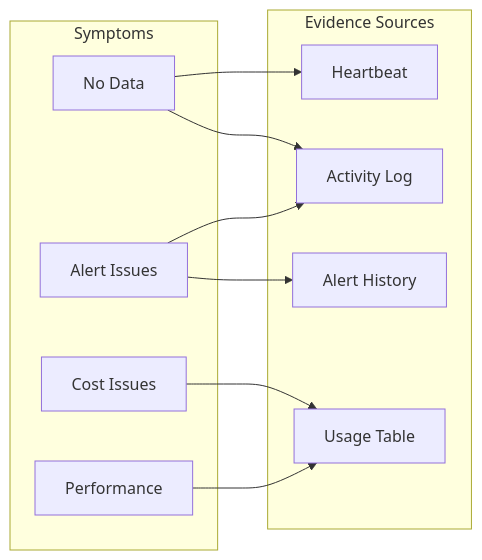
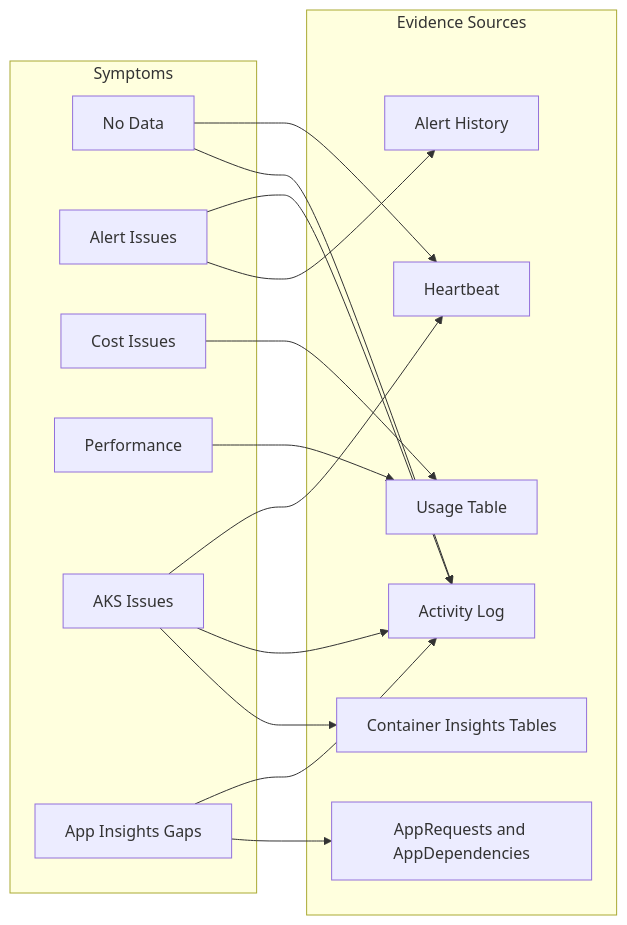
The diagram in docs/troubleshooting/evidence-map.md (yeongseon/azure-monitoring-practical-guide), drawn with Mermaid before and after one commit. The commit also changed other lines of this file and 22 other files, not shown here.

````diff
--- a/docs/troubleshooting/evidence-map.md
+++ b/docs/troubleshooting/evidence-map.md
@@ -18,21 +18,27 @@
 ```mermaid
 graph LR
     subgraph "Symptoms"
         A[No Data]
         B[Alert Issues]
         C[Cost Issues]
         D[Performance]
+        I[AKS Issues]
+        J[App Insights Gaps]
     end
     
     subgraph "Evidence Sources"
         E[Activity Log]
         F[Usage Table]
         G[Heartbeat]
         H[Alert History]
+        K[Container Insights Tables]
+        L[AppRequests and AppDependencies]
     end
     
     A --> E & G
     B --> H & E
     C --> F
     D --> F
+    I --> K & E & G
+    J --> L & E
 ```
````
